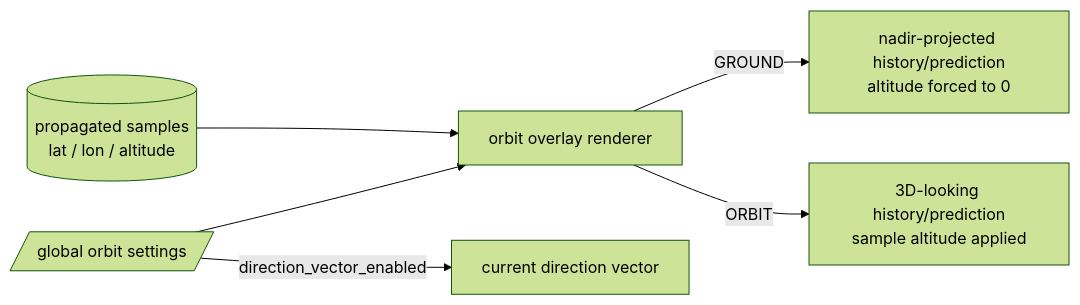
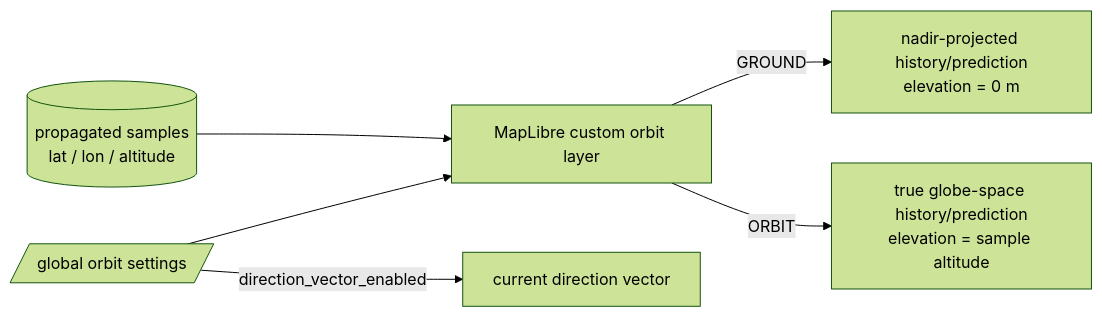
One commit to ExoSpaceLabs/world-sat-monitor changed the first of 3 diagrams in docs/orbit-display.md. Above: the diagram before and after it, drawn with Mermaid (forest theme). The commit also changed other lines of this file, not shown here.

Commit message:
docs(world-sat-monitor): document globe-space orbit rendering

````diff
--- a/docs/orbit-display.md
+++ b/docs/orbit-display.md
@@ -7,8 +7,8 @@
 ```mermaid
 flowchart LR
-    S[(propagated samples<br/>lat / lon / altitude)] --> R[orbit overlay renderer]
+    S[(propagated samples<br/>lat / lon / altitude)] --> R[MapLibre custom orbit layer]
     C[/global orbit settings/] --> R
-    R -->|GROUND| G[nadir-projected history/prediction<br/>altitude forced to 0]
-    R -->|ORBIT| O[3D-looking history/prediction<br/>sample altitude applied]
+    R -->|GROUND| G[nadir-projected history/prediction<br/>elevation = 0 m]
+    R -->|ORBIT| O[true globe-space history/prediction<br/>elevation = sample altitude]
     C -->|direction_vector_enabled| D[current direction vector]
 ```
````
